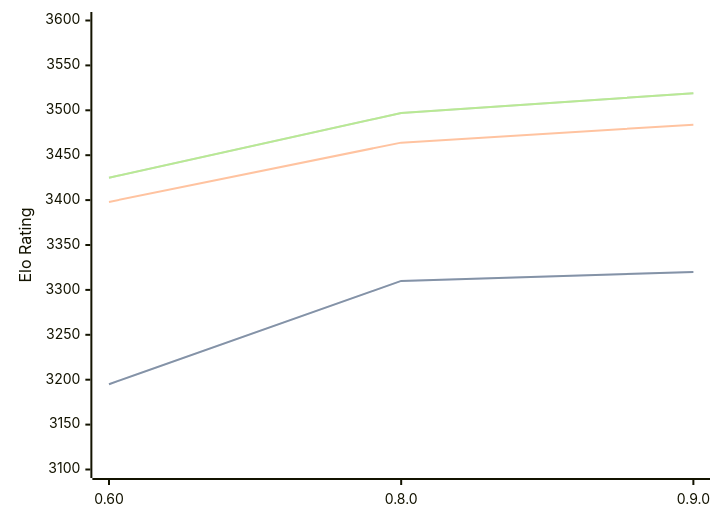
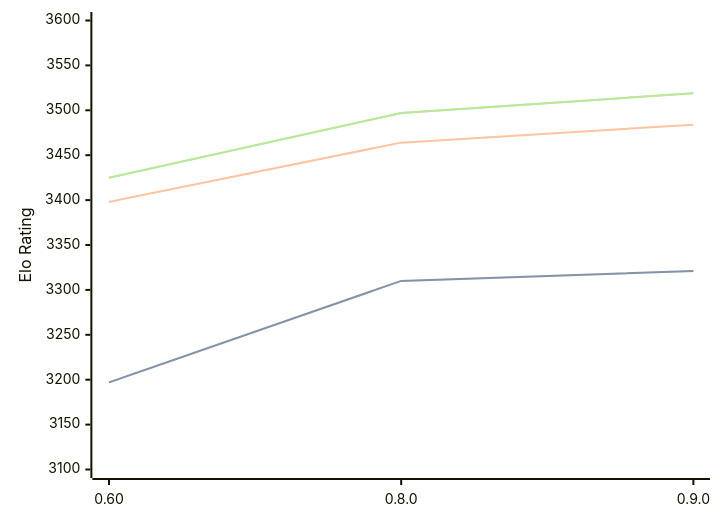
One commit to computer-chess-index/cci changed the diagram in engines/Motor.md. Above: the diagram before and after it, drawn with Mermaid. The commit also changed other lines of this file, not shown here.

````diff
--- a/engines/Motor.md
+++ b/engines/Motor.md
@@ -39,11 +39,11 @@
 ```mermaid
 %%{init: {"theme":"base","themeVariables":{"seriesColors:['#a3a3a3','#222221','#faa371']}}}%%
 xychart-beta
   x-axis ["0.60", "0.8.0", "0.9.0"]
   y-axis "Elo Rating" 3100 --> 3600
-  line "STC (8.0+0.08s)" [3195, 3310, 3320]
-  line "STC (8.0+0.08s)" [3195, 3310, 3320]
+  line "STC (8.0+0.08s)" [3197, 3310, 3321]
+  line "STC (8.0+0.08s)" [3197, 3310, 3321]
   line "LTC (60.0+0.60s)" [3398, 3464, 3484]
   line "VLTC (2m24s+1.12s)" [3425, 3497, 3519]
   line "VLTC (2m24s+1.12s)" [3425, 3497, 3519]
 ```
````
